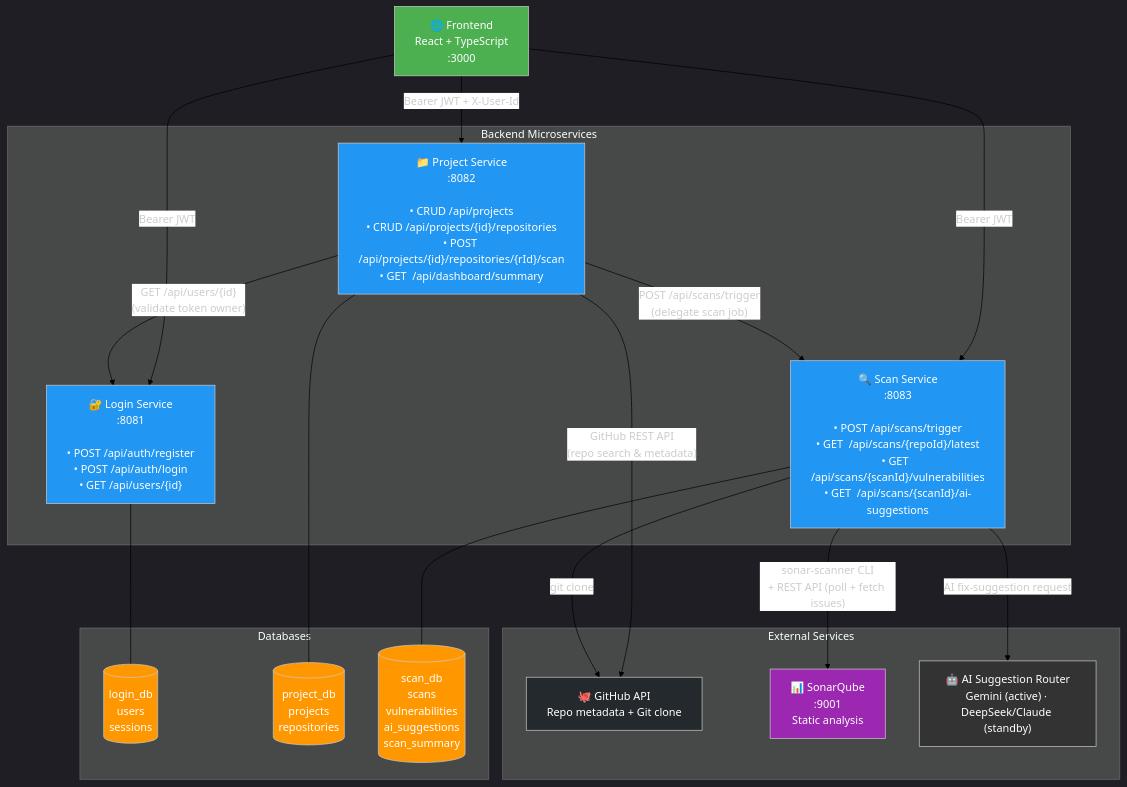
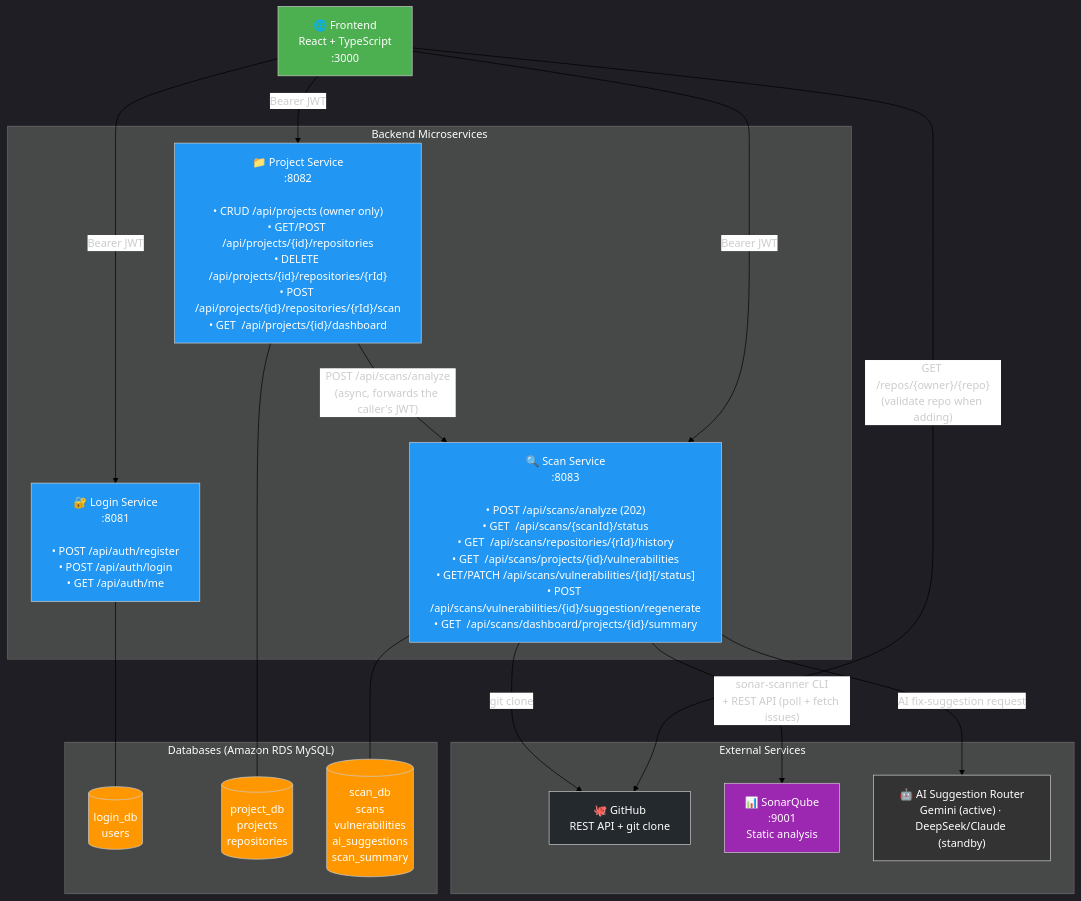
Before and after one commit to kaldrake/NUSISS_ProjectManagementPortal: the diagram in docs/Microservice Communication.mermaid, drawn with Mermaid. The commit also changed 7 other files, not shown here.

Commit message:
added mermaid changes

```diff
--- a/docs/Microservice Communication.mermaid
+++ b/docs/Microservice Communication.mermaid
@@ -1,53 +1,52 @@
 %%{init: {'theme': 'dark', 'themeVariables': {'lineColor': '#000000', 'edgeLabelBackground': '#ffffff'}}}%%
 graph TD
     FE["🌐 Frontend<br>React + TypeScript<br>:3000"]
 
     subgraph "Backend Microservices"
-        LS["🔐 Login Service<br>:8081<br><br>• POST /api/auth/register<br>• POST /api/auth/login<br>• GET  /api/users/{id}"]
-        PS["📁 Project Service<br>:8082<br><br>• CRUD /api/projects<br>• CRUD /api/projects/{id}/repositories<br>• POST /api/projects/{id}/repositories/{rId}/scan<br>• GET  /api/dashboard/summary"]
-        SCS["🔍 Scan Service<br>:8083<br><br>• POST /api/scans/trigger<br>• GET  /api/scans/{repoId}/latest<br>• GET  /api/scans/{scanId}/vulnerabilities<br>• GET  /api/scans/{scanId}/ai-suggestions"]
+        LS["🔐 Login Service<br>:8081<br><br>• POST /api/auth/register<br>• POST /api/auth/login<br>• GET  /api/auth/me"]
+        PS["📁 Project Service<br>:8082<br><br>• CRUD /api/projects (owner only)<br>• GET/POST /api/projects/{id}/repositories<br>• DELETE /api/projects/{id}/repositories/{rId}<br>• POST /api/projects/{id}/repositories/{rId}/scan<br>• GET  /api/projects/{id}/dashboard"]
+        SCS["🔍 Scan Service<br>:8083<br><br>• POST /api/scans/analyze (202)<br>• GET  /api/scans/{scanId}/status<br>• GET  /api/scans/repositories/{rId}/history<br>• GET  /api/scans/projects/{id}/vulnerabilities<br>• GET/PATCH /api/scans/vulnerabilities/{id}[/status]<br>• POST /api/scans/vulnerabilities/{id}/suggestion/regenerate<br>• GET  /api/scans/dashboard/projects/{id}/summary"]
     end
 
-    subgraph "Databases"
-        LDB[("login_db<br>users<br>sessions")]
+    subgraph "Databases (Amazon RDS MySQL)"
+        LDB[("login_db<br>users")]
         PDB[("project_db<br>projects<br>repositories")]
         SDB[("scan_db<br>scans<br>vulnerabilities<br>ai_suggestions<br>scan_summary")]
     end
 
     subgraph "External Services"
-        GH["🐙 GitHub API<br>Repo metadata + Git clone"]
+        GH["🐙 GitHub<br>REST API + git clone"]
         SQ["📊 SonarQube<br>:9001<br>Static analysis"]
         AI["🤖 AI Suggestion Router<br>Gemini (active) · DeepSeek/Claude (standby)"]
     end
 
     %% Frontend → all services
     FE -->|"Bearer JWT"| LS
-    FE -->|"Bearer JWT + X-User-Id"| PS
+    FE -->|"Bearer JWT"| PS
     FE -->|"Bearer JWT"| SCS
+    FE -->|"GET /repos/{owner}/{repo}<br>(validate repo when adding)"| GH
 
     %% Service-to-service (internal HTTP)
-    PS -->|"GET /api/users/{id}<br>(validate token owner)"| LS
-    PS -->|"POST /api/scans/trigger<br>(delegate scan job)"| SCS
+    PS -->|"POST /api/scans/analyze<br>(async, forwards the caller's JWT)"| SCS
 
     %% Services → their DBs
     LS --- LDB
     PS --- PDB
     SCS --- SDB
 
     %% External integrations
-    PS -->|"GitHub REST API<br>(repo search & metadata)"| GH
     SCS -->|"git clone"| GH
     SCS -->|"sonar-scanner CLI<br>+ REST API (poll + fetch issues)"| SQ
     SCS -->|"AI fix-suggestion request"| AI
 
     %% Styling
     style FE fill:#4CAF50,color:#fff
     style LS fill:#2196F3,color:#fff
     style PS fill:#2196F3,color:#fff
     style SCS fill:#2196F3,color:#fff
     style LDB fill:#FF9800,color:#fff
     style PDB fill:#FF9800,color:#fff
     style SDB fill:#FF9800,color:#fff
     style GH fill:#24292e,color:#fff
     style SQ fill:#9C27B0,color:#fff
     style AI fill:#333,color:#fff
```
